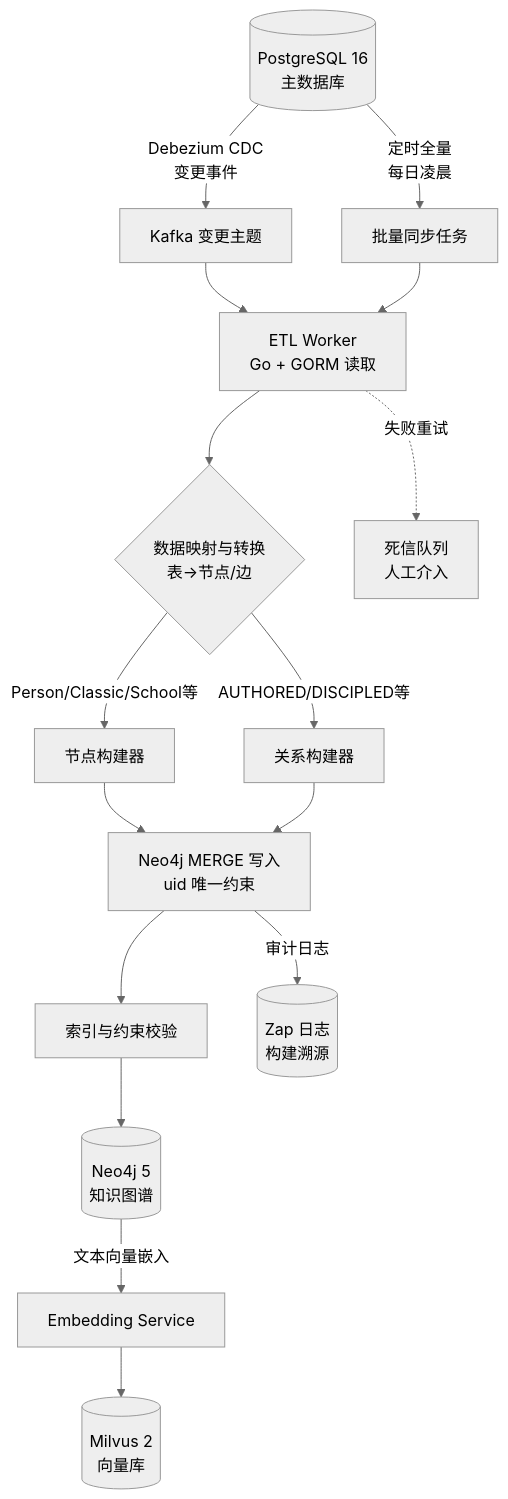
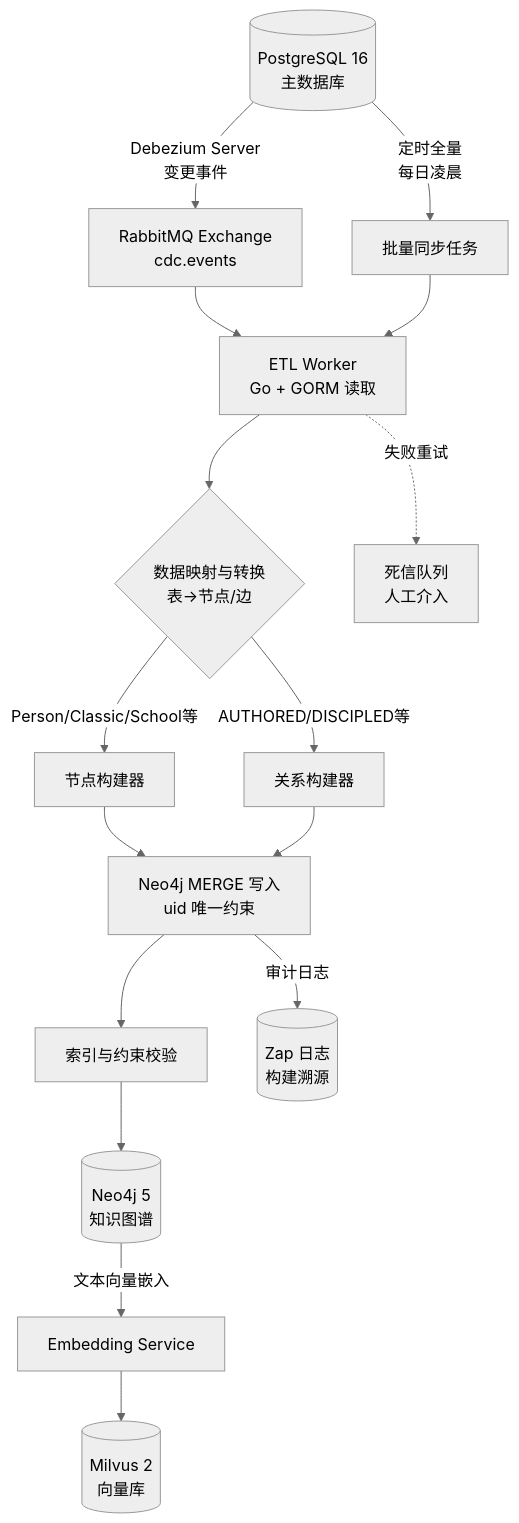
The second of 2 diagrams in 05-知识图谱设计.md (zhangzhenling/TCM-History-AI), drawn with Mermaid (neutral theme) before and after one commit. The commit also changed 8 other files, not shown here.

````diff
--- a/05-知识图谱设计.md
+++ b/05-知识图谱设计.md
@@ -600,18 +600,18 @@
 ```mermaid
 flowchart TD
-    A[(PostgreSQL 16<br/>主数据库)] -->|Debezium CDC<br/>变更事件| B[Kafka 变更主题]
+    A[(PostgreSQL 16<br/>主数据库)] -->|Debezium Server<br/>变更事件| B[RabbitMQ Exchange<br/>cdc.events]
     A -->|定时全量<br/>每日凌晨| C[批量同步任务]
     B --> D[ETL Worker<br/>Go + GORM 读取]
     C --> D
     D --> E{数据映射与转换<br/>表→节点/边}
     E -->|Person/Classic/School等| F[节点构建器]
     E -->|AUTHORED/DISCIPLED等| G[关系构建器]
     F --> H[Neo4j MERGE 写入<br/> uid 唯一约束]
     G --> H
     H --> I[索引与约束校验]
     I --> J[(Neo4j 5<br/>知识图谱)]
     J -->|文本向量嵌入| K[Embedding Service]
     K --> L[(Milvus 2<br/>向量库)]
     D -.失败重试.-> M[死信队列<br/>人工介入]
     H -->|审计日志| N[(Zap 日志<br/>构建溯源)]
 ```
````
